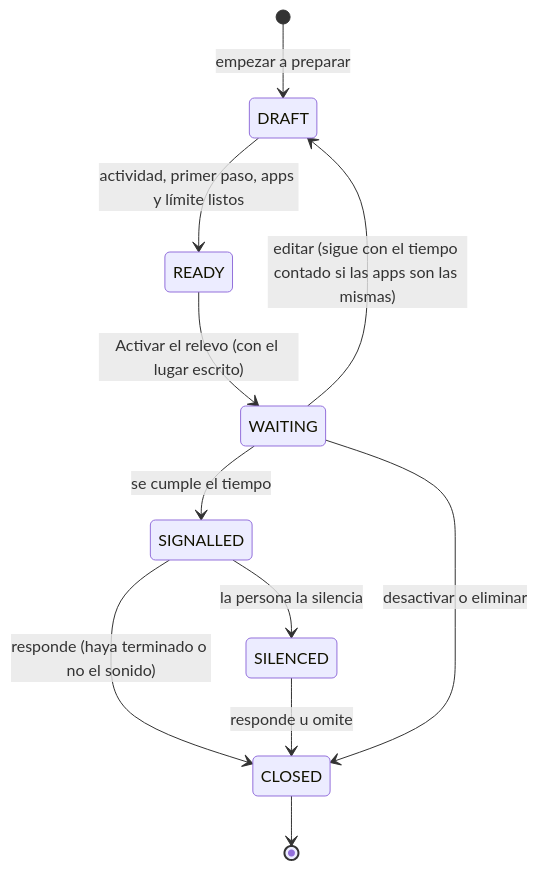
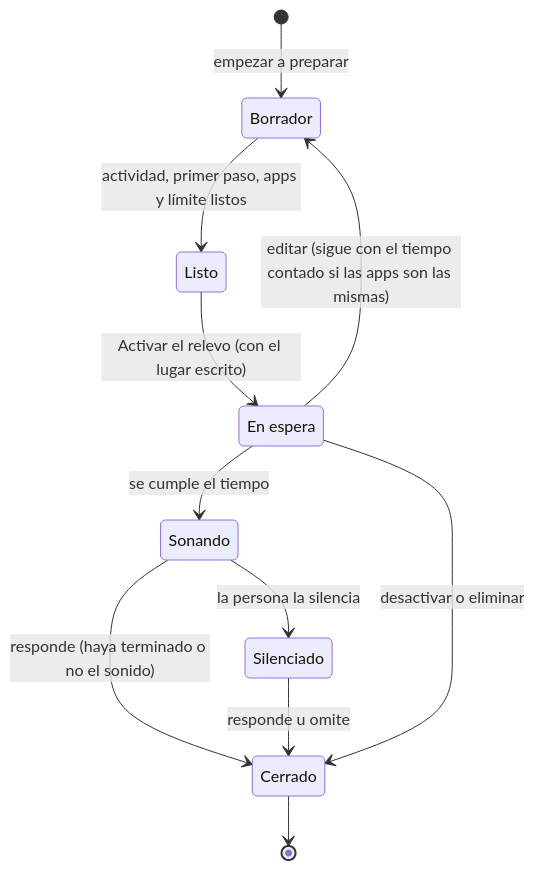
The second of 2 diagrams in 08_memoria/anexos/anexo-g-android.md (joan1542003-byte/proyecto-titulo), drawn with Mermaid before and after one commit. The commit also changed other lines of this file and 36 other files, not shown here.

````diff
--- a/08_memoria/anexos/anexo-g-android.md
+++ b/08_memoria/anexos/anexo-g-android.md
@@ -95,13 +95,19 @@
 ```mermaid
 stateDiagram-v2
+  state "Borrador" as DRAFT
+  state "Listo" as READY
+  state "En espera" as WAITING
+  state "Sonando" as SIGNALLED
+  state "Silenciado" as SILENCED
+  state "Cerrado" as CLOSED
   [*] --> DRAFT: empezar a preparar
   DRAFT --> READY: actividad, primer paso, apps y límite listos
   READY --> WAITING: Activar el relevo (con el lugar escrito)
   WAITING --> DRAFT: editar (sigue con el tiempo contado si las apps son las mismas)
   WAITING --> SIGNALLED: se cumple el tiempo
   SIGNALLED --> SILENCED: la persona la silencia
   SIGNALLED --> CLOSED: responde (haya terminado o no el sonido)
   SILENCED --> CLOSED: responde u omite
   WAITING --> CLOSED: desactivar o eliminar
   CLOSED --> [*]
 ```
````
